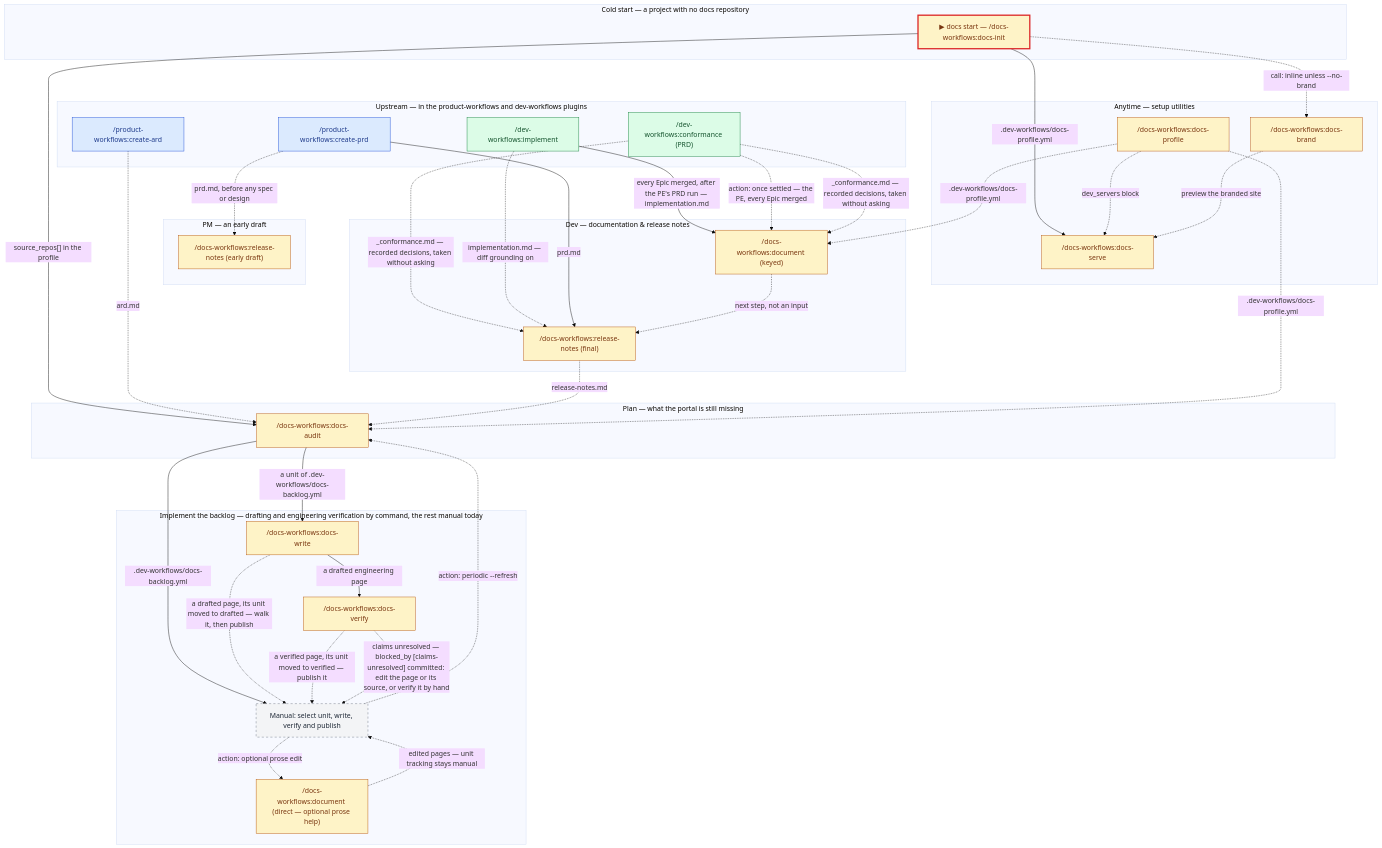
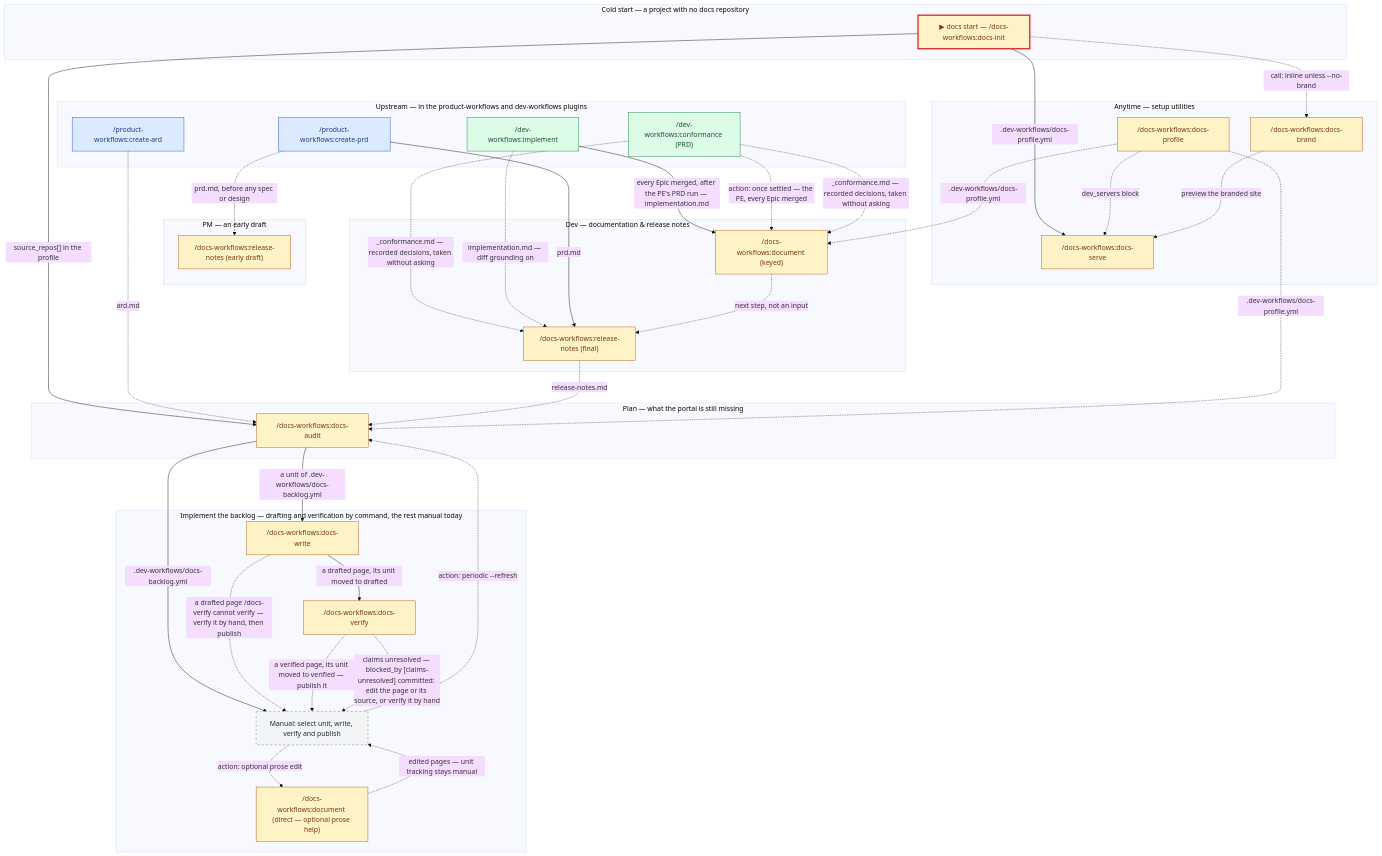
One commit to ihudak/ai-workflows changed the diagram in plugins/docs-workflows/docs/workflow.md. Above: the diagram before and after it, drawn with Mermaid (base theme). The commit also changed other lines of this file and 29 other files, not shown here.

````diff
--- a/plugins/docs-workflows/docs/workflow.md
+++ b/plugins/docs-workflows/docs/workflow.md
@@ -5,67 +5,67 @@
 ```mermaid
 flowchart TD
     subgraph UP["Upstream — in the product-workflows and dev-workflows plugins"]
         implement["/dev-workflows:implement"]:::dev
         conformanceprd["/dev-workflows:conformance (PRD)"]:::dev
         createprd["/product-workflows:create-prd"]:::prod
         createard["/product-workflows:create-ard"]:::prod
     end
     subgraph EARLY["PM — an early draft"]
         rnpm["/docs-workflows:release-notes (early draft)"]:::docs
     end
     subgraph DOCS["Dev — documentation & release notes"]
         document["/docs-workflows:document (keyed)"]:::docs
         rndev["/docs-workflows:release-notes (final)"]:::docs
     end
     subgraph COLD["Cold start — a project with no docs repository"]
         init["▶ docs start — /docs-workflows:docs-init"]:::docs
     end
     subgraph PLAN["Plan — what the portal is still missing"]
         audit["/docs-workflows:docs-audit"]:::docs
     end
-    subgraph MANUAL["Implement the backlog — drafting and engineering verification by command, the rest manual today"]
+    subgraph MANUAL["Implement the backlog — drafting and verification by command, the rest manual today"]
         docswrite["/docs-workflows:docs-write"]:::docs
         docsverify["/docs-workflows:docs-verify"]:::docs
         units["Manual: select unit, write, verify and publish"]:::manual
         direct["/docs-workflows:document (direct — optional prose help)"]:::docs
     end
     subgraph SETUP["Anytime — setup utilities"]
         profile["/docs-workflows:docs-profile"]:::docs
         brand["/docs-workflows:docs-brand"]:::docs
         docsserve["/docs-workflows:docs-serve"]:::docs
     end
 
     implement -->|"every Epic merged, after the PE's PRD run — implementation.md"| document
     conformanceprd -.->|"action: once settled — the PE, every Epic merged"| document
     conformanceprd -.->|"_conformance.md — recorded decisions, taken without asking"| document
     conformanceprd -.->|"_conformance.md — recorded decisions, taken without asking"| rndev
     implement -.->|implementation.md — diff grounding on| rndev
     createprd -.->|prd.md, before any spec or design| rnpm
     createprd -->|prd.md| rndev
     document -.->|next step, not an input| rndev
     init -.->|call: inline unless --no-brand| brand
     init -->|"source_repos[] in the profile"| audit
     createard -.->|ard.md| audit
     rndev -.->|release-notes.md| audit
     audit -->|.dev-workflows/docs-backlog.yml| units
     audit -->|"a unit of .dev-workflows/docs-backlog.yml"| docswrite
-    docswrite -.->|"a drafted page, its unit moved to drafted — walk it, then publish"| units
-    docswrite -->|"a drafted engineering page"| docsverify
+    docswrite -.->|"a drafted page /docs-verify cannot verify — verify it by hand, then publish"| units
+    docswrite -->|"a drafted page, its unit moved to drafted"| docsverify
     docsverify -.->|"a verified page, its unit moved to verified — publish it"| units
     docsverify -.->|"claims unresolved — blocked_by [claims-unresolved] committed: edit the page or its source, or verify it by hand"| units
     units -.->|action: optional prose edit| direct
     direct -.->|edited pages — unit tracking stays manual| units
     units -.->|action: periodic --refresh| audit
     init -->|.dev-workflows/docs-profile.yml| docsserve
     profile -.->|.dev-workflows/docs-profile.yml| document
     profile -.->|.dev-workflows/docs-profile.yml| audit
     profile -.->|dev_servers block| docsserve
     brand -.->|preview the branded site| docsserve
 
     classDef prod fill:#dbeafe,stroke:#1d4ed8,color:#1e3a8a
     classDef dev fill:#dcfce7,stroke:#15803d,color:#14532d
     classDef docs fill:#fef3c7,stroke:#b45309,color:#78350f
     classDef manual fill:#f3f4f6,stroke:#6b7280,color:#1f2937,stroke-dasharray:5 5
     classDef entry stroke:#dc2626,stroke-width:3px
     class init entry
 ```
````
